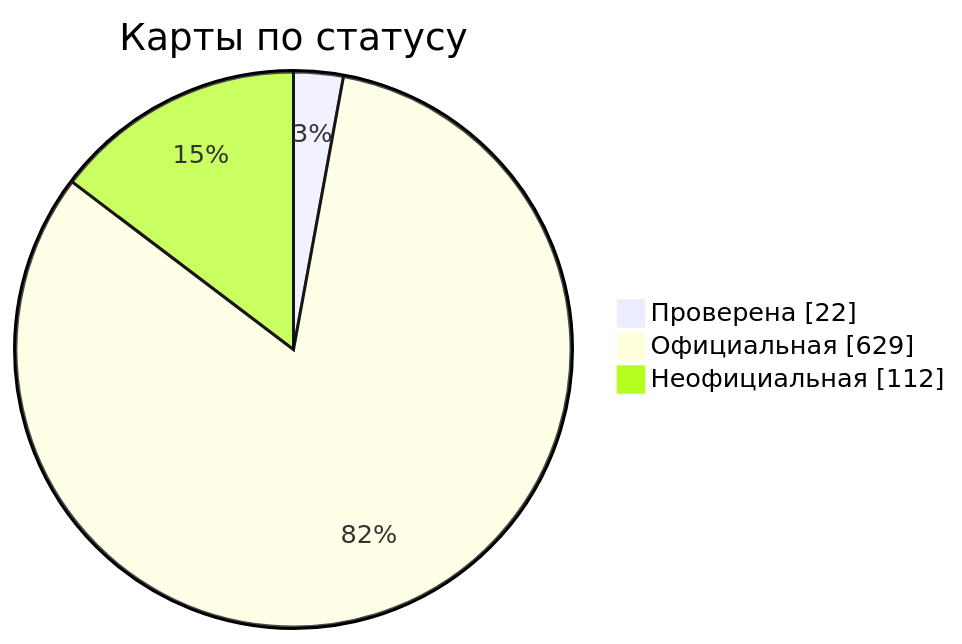
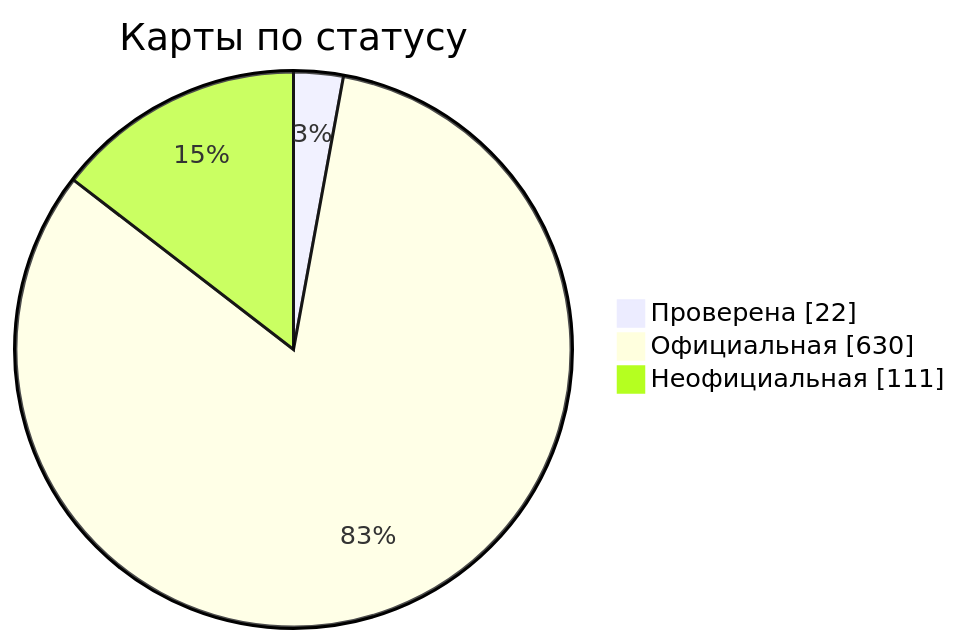
Before and after one commit to nobrega8/mbmap-library: the diagram in docs/readme/README_RU.md, drawn with Mermaid. The commit also changed 6 other files, not shown here.

````diff
--- a/docs/readme/README_RU.md
+++ b/docs/readme/README_RU.md
@@ -54,7 +54,7 @@
 ```mermaid
 pie showData
     title Карты по статусу
     "Проверена" : 22
-    "Официальная" : 629
-    "Неофициальная" : 112
+    "Официальная" : 630
+    "Неофициальная" : 111
 ```
````
